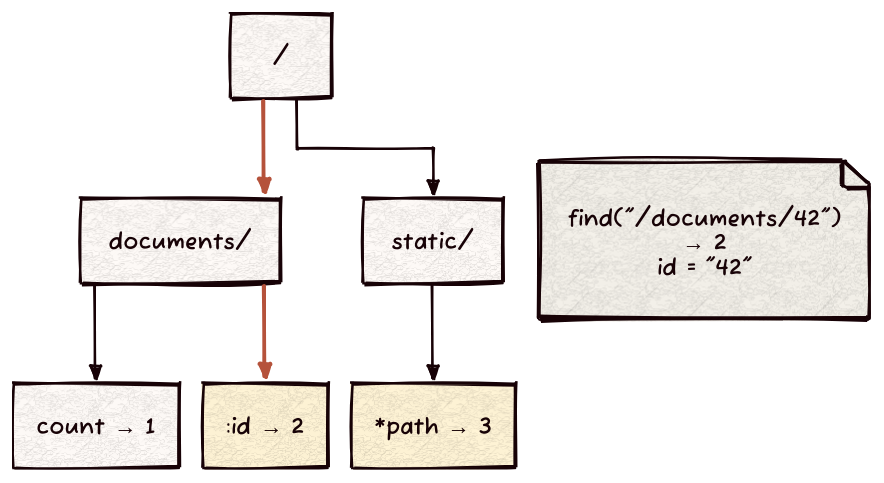
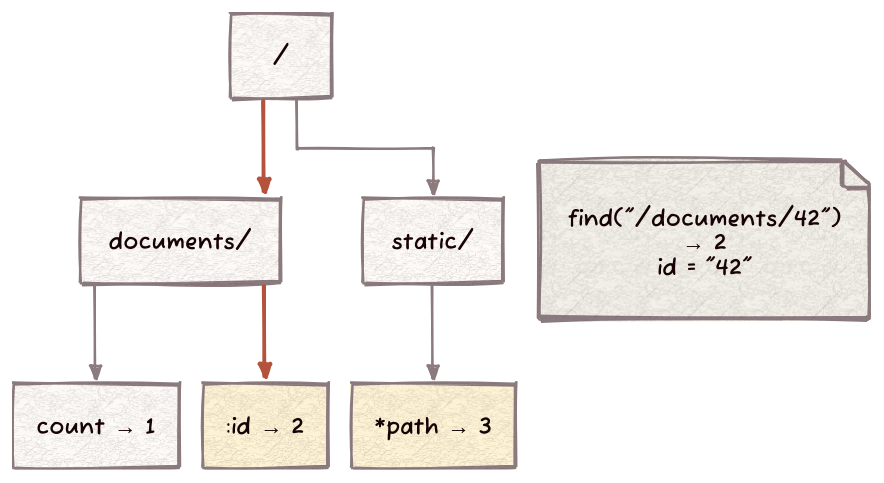
One commit to Kronuz/radix-router changed the diagram in docs/radix-router.d2. Above: the diagram before and after it, drawn with D2. The commit also changed 1 other file, not shown here.

Commit message:
Render the README diagram for light and dark pages
A transparent background, mid-tone lines and mid-tone edge labels let
the one SVG read on GitHub's light and dark themes; the header carries
the settings so a plain `d2` renders it the same way.

[skip ci]

```diff
--- a/docs/radix-router.d2
+++ b/docs/radix-router.d2
@@ -1,23 +1,25 @@
 # radix-router: routes share prefixes in one tree; a lookup walks the path once.
-# Render: d2 --layout elk --sketch --theme 302 docs/radix-router.d2 docs/radix-router.svg
-vars: { d2-config: { layout-engine: elk; theme-id: 302; sketch: true; pad: 24 } }
+# Render: d2 docs/radix-router.d2 docs/radix-router.svg
+vars: { d2-config: { layout-engine: elk; theme-id: 302; sketch: true; pad: 24; theme-overrides: { B1: "#8C7B7E"; B2: "#C25B73"; N2: "#C25B73" } } }
+style.fill: transparent
+
 direction: down
 *.style.font-size: 18
 
 root: "/"
 docs: "documents/"
 count: "count → 1"
 id: ":id → 2" {style.fill: "#fff4d6"}
 static: "static/"
 path: "*path → 3" {style.fill: "#fff4d6"}
 root -> docs: {style.stroke: "#b5523b"; style.stroke-width: 3}
 docs -> count
 docs -> id: {style.stroke: "#b5523b"; style.stroke-width: 3}
 root -> static
 static -> path
 
 q: "find(\"/documents/42\")\n→ 2\nid = \"42\"" {
   shape: page
   near: center-right
   style.fill: "#F4F1EA"
 }
```
